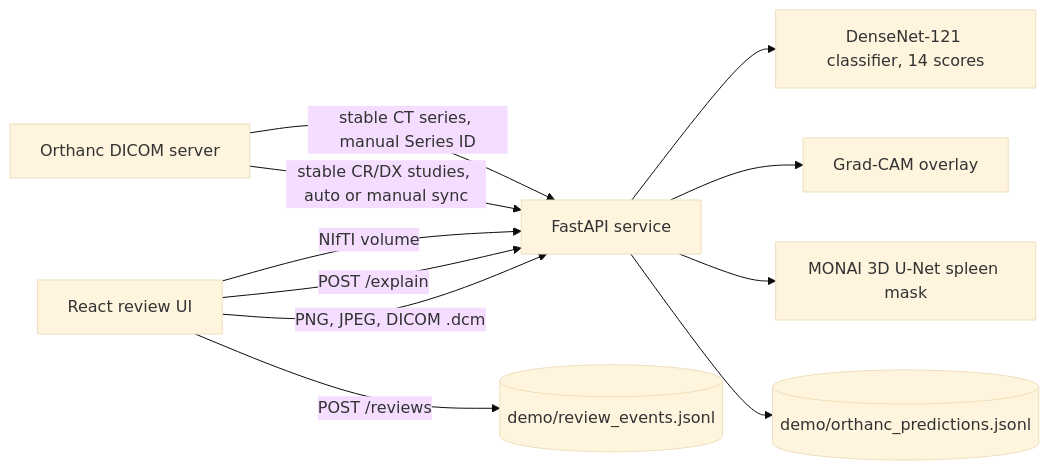
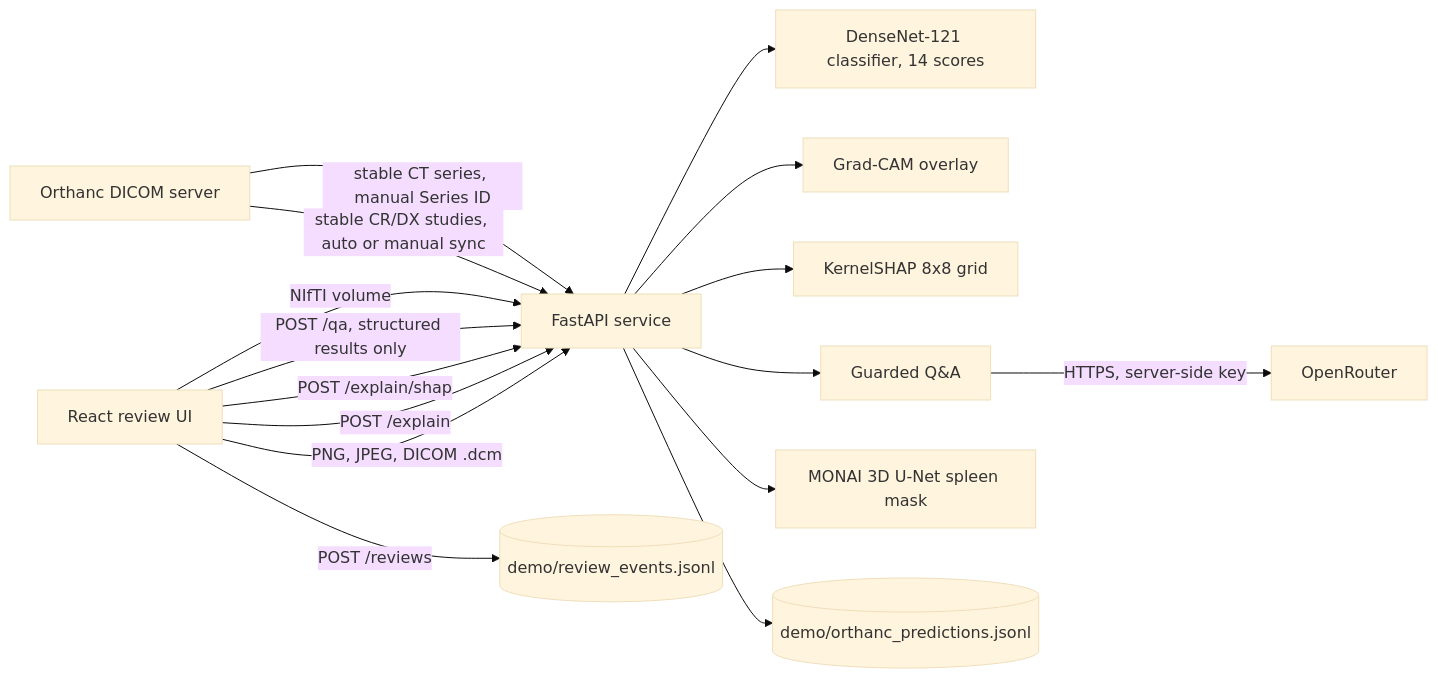
The diagram in docs/architecture.md (ram15x/nexvia-aiml-02-medical-imaging), drawn with Mermaid (base theme) before and after one commit. The commit also changed other lines of this file and 2 other files, not shown here.

Commit message:
Add rendered architecture diagram and include SHAP and Q&A
- docs/architecture.png: rendered from the Mermaid source.
- Diagram now shows the SHAP route and the guarded OpenRouter Q&A path,
  which were missing from the earlier version.

Claude-Session: https://claude.ai/code/session_019GiE2TgZHqKj11qZTLsXbS

````diff
--- a/docs/architecture.md
+++ b/docs/architecture.md
@@ -5,11 +5,14 @@
 ```mermaid
 flowchart LR
   UI[React review UI] -->|PNG, JPEG, DICOM .dcm| API[FastAPI service]
   API --> DN[DenseNet-121 classifier, 14 scores]
   UI -->|POST /explain| API --> GC[Grad-CAM overlay]
+  UI -->|POST /explain/shap| API --> SHAP[KernelSHAP 8x8 grid]
+  UI -->|POST /qa, structured results only| API --> QA[Guarded Q&A]
+  QA -->|HTTPS, server-side key| OR[OpenRouter]
   UI -->|POST /reviews| LOG[(demo/review_events.jsonl)]
   UI -->|NIfTI volume| API --> UNET[MONAI 3D U-Net spleen mask]
   ORT[Orthanc DICOM server] -->|stable CR/DX studies, auto or manual sync| API
   ORT -->|stable CT series, manual Series ID| API
   API --> OLOG[(demo/orthanc_predictions.jsonl)]
 ```
````
